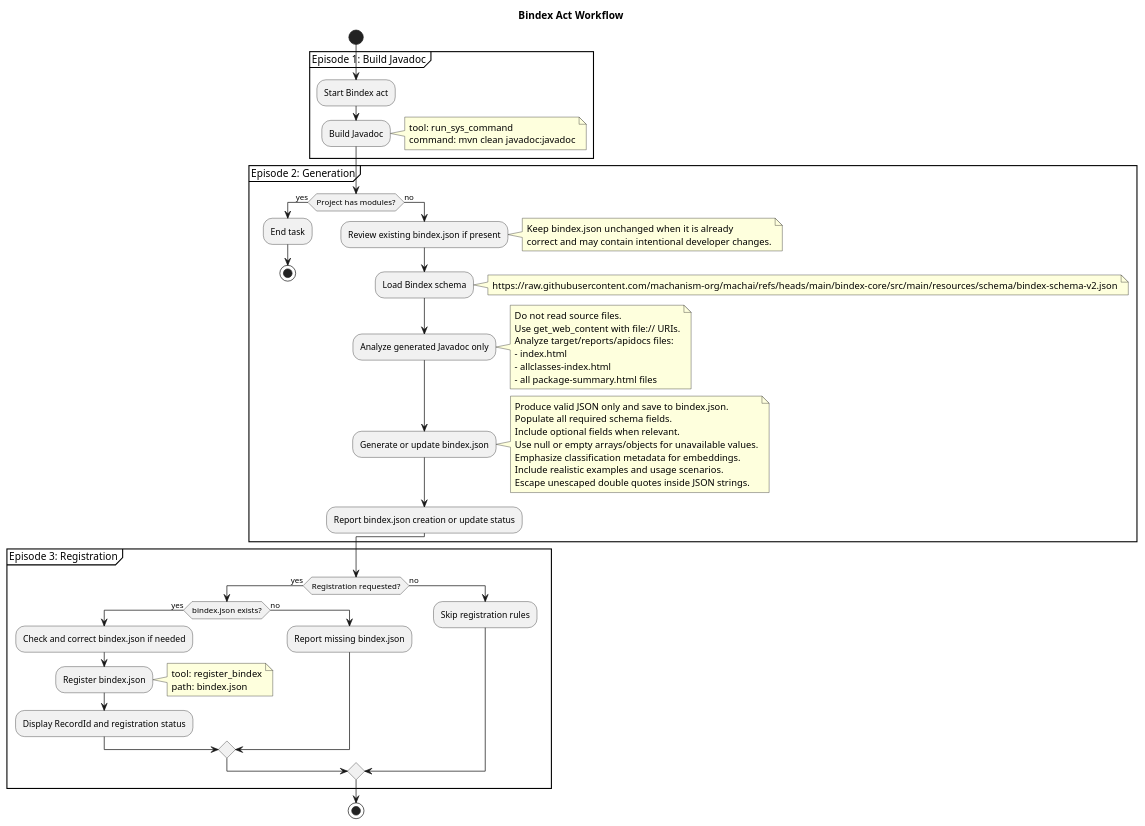
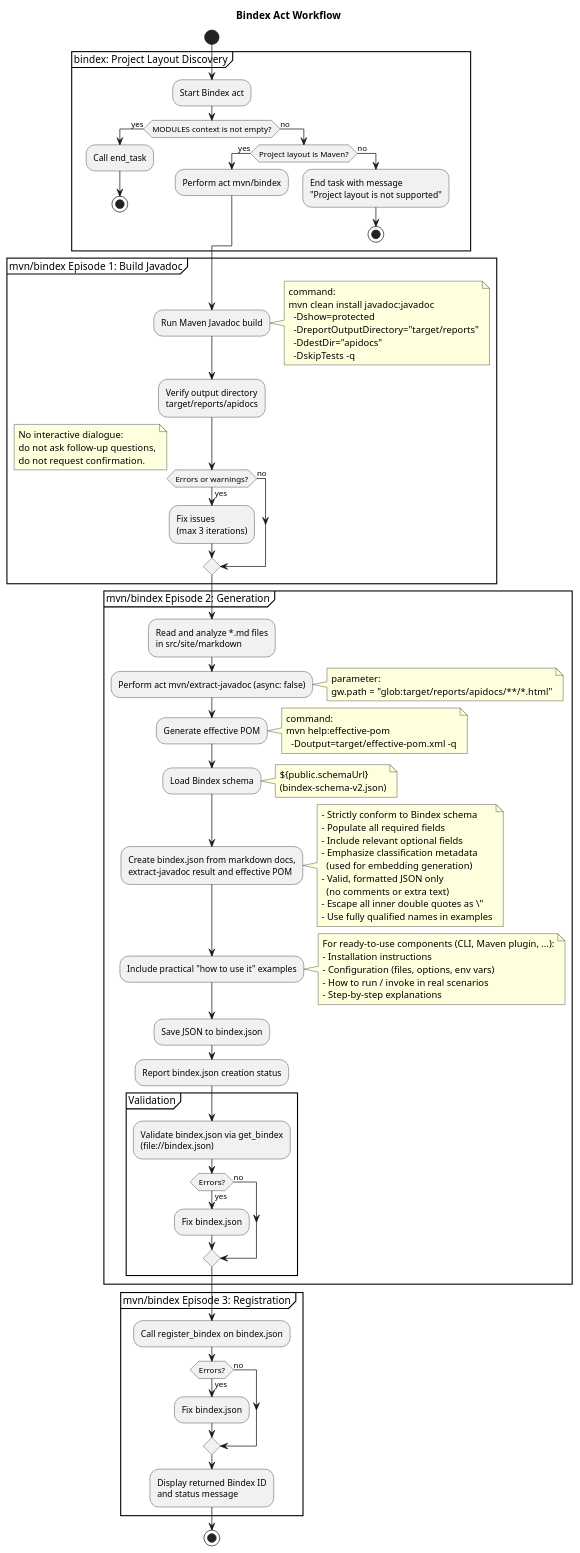
The diagram in bindex-core/src/site/puml/bindex-act-workflow.puml (machanism-org/machai), drawn with PlantUML before and after one commit. The commit also changed other lines of this file and 4 other files, not shown here.

```diff
--- a/bindex-core/src/site/puml/bindex-act-workflow.puml
+++ b/bindex-core/src/site/puml/bindex-act-workflow.puml
@@ -5,77 +5,106 @@
 @startuml bindex-workflow
 
 title Bindex Act Workflow
 
 start
 
-partition "Episode 1: Build Javadoc" {
+partition "bindex: Project Layout Discovery" {
   :Start Bindex act;
-  :Build Javadoc;
+  if (MODULES context is not empty?) then (yes)
+    :Call end_task;
+    stop
+  else (no)
+    if (Project layout is Maven?) then (yes)
+      :Perform act mvn/bindex;
+    else (no)
+      :End task with message\n"Project layout is not supported";
+      stop
+    endif
+  endif
+}
+
+partition "mvn/bindex Episode 1: Build Javadoc" {
+  :Run Maven Javadoc build;
   note right
-    tool: run_sys_command
-    command: mvn clean javadoc:javadoc
+    command:
+    mvn clean install javadoc:javadoc
+      -Dshow=protected
+      -DreportOutputDirectory="target/reports"
+      -DdestDir="apidocs"
+      -DskipTests -q
+  end note
+  :Verify output directory\ntarget/reports/apidocs;
+  if (Errors or warnings?) then (yes)
+    :Fix issues\n(max 3 iterations);
+  else (no)
+  endif
+  note right
+    No interactive dialogue:
+    do not ask follow-up questions,
+    do not request confirmation.
   end note
 }
 
-partition "Episode 2: Generation" {
-  if (Project has modules?) then (yes)
-    :End task;
-    stop
-  else (no)
-    :Review existing bindex.json if present;
-    note right
-      Keep bindex.json unchanged when it is already
-      correct and may contain intentional developer changes.
-    end note
+partition "mvn/bindex Episode 2: Generation" {
+  :Read and analyze *.md files\nin src/site/markdown;
+  :Perform act mvn/extract-javadoc (async: false);
+  note right
+    parameter:
+    gw.path = "glob:target/reports/apidocs/**/*.html"
+  end note
+  :Generate effective POM;
+  note right
+    command:
+    mvn help:effective-pom
+      -Doutput=target/effective-pom.xml -q
+  end note
+  :Load Bindex schema;
+  note right
+    ${public.schemaUrl}
+    (bindex-schema-v2.json)
+  end note
+  :Create bindex.json from markdown docs,
+  extract-javadoc result and effective POM;
+  note right
+    - Strictly conform to Bindex schema
+    - Populate all required fields
+    - Include relevant optional fields
+    - Emphasize classification metadata
+      (used for embedding generation)
+    - Valid, formatted JSON only
+      (no comments or extra text)
+    - Escape all inner double quotes as \"
+    - Use fully qualified names in examples
+  end note
+  :Include practical "how to use it" examples;
+  note right
+    For ready-to-use components (CLI, Maven plugin, ...):
+    - Installation instructions
+    - Configuration (files, options, env vars)
+    - How to run / invoke in real scenarios
+    - Step-by-step explanations
+  end note
+  :Save JSON to bindex.json;
+  :Report bindex.json creation status;
 
-    :Load Bindex schema;
-    note right
-      https://raw.githubusercontent.com/machanism-org/machai/refs/heads/main/bindex-core/src/main/resources/schema/bindex-schema-v2.json
-    end note
-
-    :Analyze generated Javadoc only;
-    note right
-      Do not read source files.
-      Use get_web_content with file:// URIs.
-      Analyze target/reports/apidocs files:
-      - index.html
-      - allclasses-index.html
-      - all package-summary.html files
-    end note
-
-    :Generate or update bindex.json;
-    note right
-      Produce valid JSON only and save to bindex.json.
-      Populate all required schema fields.
-      Include optional fields when relevant.
-      Use null or empty arrays/objects for unavailable values.
-      Emphasize classification metadata for embeddings.
-      Include realistic examples and usage scenarios.
-      Escape unescaped double quotes inside JSON strings.
-    end note
-
-    :Report bindex.json creation or update status;
-  endif
+  partition "Validation" {
+    :Validate bindex.json via get_bindex\n(file://bindex.json);
+    if (Errors?) then (yes)
+      :Fix bindex.json;
+    else (no)
+    endif
+  }
 }
 
-partition "Episode 3: Registration" {
-  if (Registration requested?) then (yes)
-    if (bindex.json exists?) then (yes)
-      :Check and correct bindex.json if needed;
-      :Register bindex.json;
-      note right
-        tool: register_bindex
-        path: bindex.json
-      end note
-      :Display RecordId and registration status;
-    else (no)
-      :Report missing bindex.json;
-    endif
+partition "mvn/bindex Episode 3: Registration" {
+  :Call register_bindex on bindex.json;
+  if (Errors?) then (yes)
+    :Fix bindex.json;
   else (no)
-    :Skip registration rules;
   endif
+  :Display returned Bindex ID\nand status message;
 }
 
 stop
 
 @enduml
```
